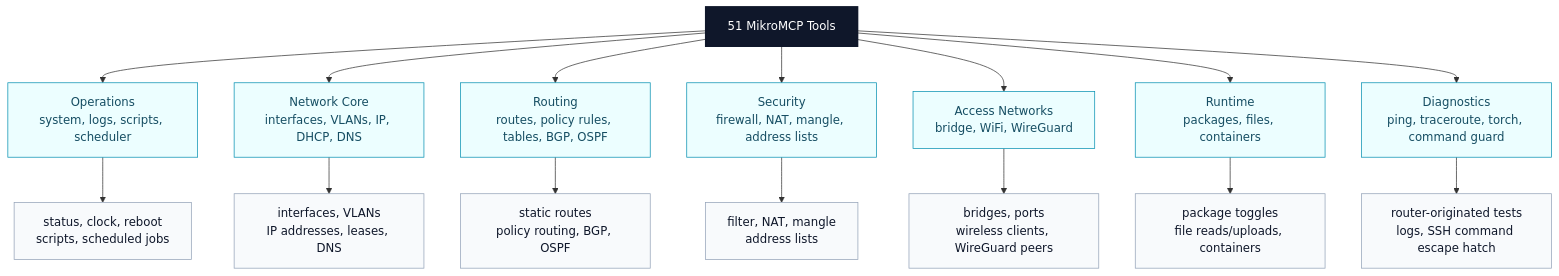
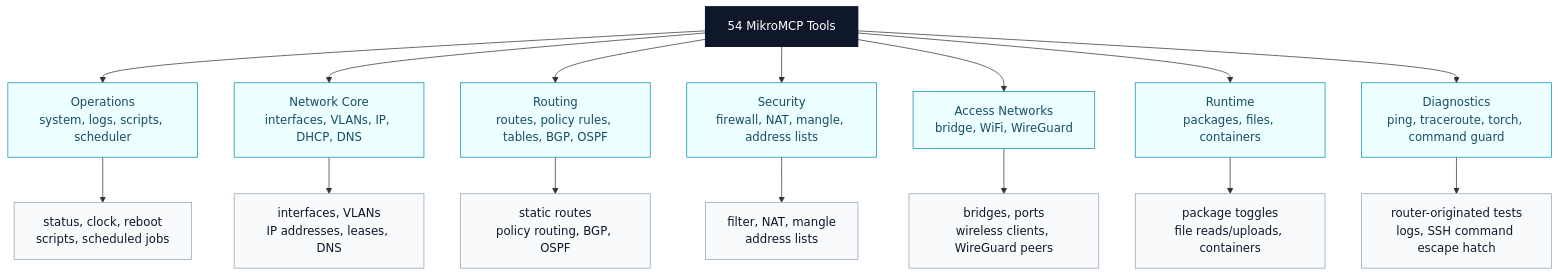
Before and after one commit to AliKarami/MikroMCP: the third of 3 diagrams in README.md, drawn with Mermaid. The commit also changed other lines of this file and 2 other files, not shown here.

Commit message:
feat(v0.8): wire change-management tools into allTools; flip v0.8 ✅ in docs

````diff
--- a/README.md
+++ b/README.md
@@ -223,28 +223,28 @@
 ```mermaid
 flowchart TB
-    Tools["51 MikroMCP Tools"]
+    Tools["54 MikroMCP Tools"]
 
     Tools --> Ops["Operations<br/>system, logs, scripts, scheduler"]
     Tools --> Network["Network Core<br/>interfaces, VLANs, IP, DHCP, DNS"]
     Tools --> Routing["Routing<br/>routes, policy rules, tables, BGP, OSPF"]
     Tools --> Security["Security<br/>firewall, NAT, mangle, address lists"]
     Tools --> Access["Access Networks<br/>bridge, WiFi, WireGuard"]
     Tools --> Runtime["Runtime<br/>packages, files, containers"]
     Tools --> Diagnostics["Diagnostics<br/>ping, traceroute, torch, command guard"]
 
     Ops --> OpsTools["status, clock, reboot<br/>scripts, scheduled jobs"]
     Network --> NetworkTools["interfaces, VLANs<br/>IP addresses, leases, DNS"]
     Routing --> RoutingTools["static routes<br/>policy routing, BGP, OSPF"]
     Security --> SecurityTools["filter, NAT, mangle<br/>address lists"]
     Access --> AccessTools["bridges, ports<br/>wireless clients, WireGuard peers"]
     Runtime --> RuntimeTools["package toggles<br/>file reads/uploads, containers"]
     Diagnostics --> DiagnosticTools["router-originated tests<br/>logs, SSH command escape hatch"]
 
     classDef root fill:#0f172a,stroke:#0f172a,color:#ffffff,stroke-width:2px;
     classDef area fill:#ecfeff,stroke:#0891b2,color:#164e63,stroke-width:1px;
     classDef detail fill:#f8fafc,stroke:#94a3b8,color:#0f172a,stroke-width:1px;
 
     class Tools root;
     class Ops,Network,Routing,Security,Access,Runtime,Diagnostics area;
     class OpsTools,NetworkTools,RoutingTools,SecurityTools,AccessTools,RuntimeTools,DiagnosticTools detail;
 ```
````
